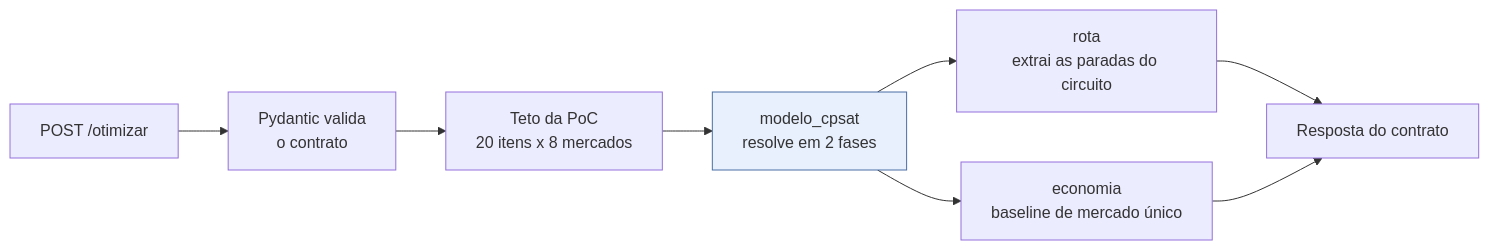
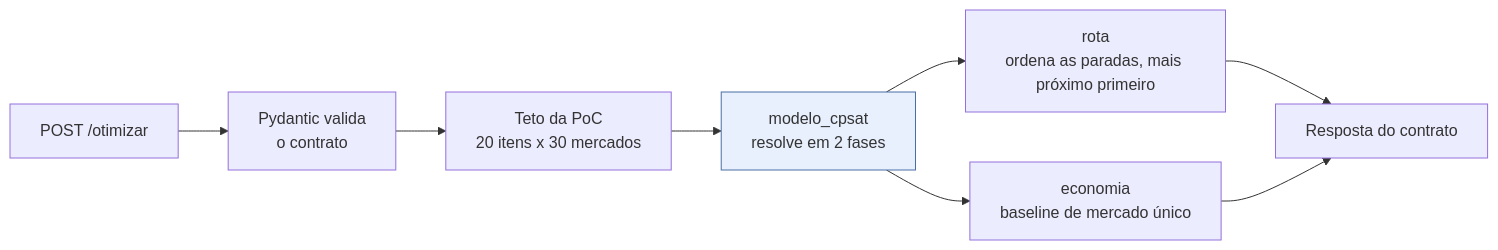
The diagram in modelo/docs/README.md (chroanz/sad-tcc), drawn with Mermaid before and after one commit. The commit also changed other lines of this file and 48 other files, not shown here.

````diff
--- a/modelo/docs/README.md
+++ b/modelo/docs/README.md
@@ -39,12 +39,12 @@
 ```mermaid
 flowchart LR
     A["POST /otimizar"] --> B["Pydantic valida<br/>o contrato"]
-    B --> C["Teto da PoC<br/>20 itens x 8 mercados"]
+    B --> C["Teto da PoC<br/>20 itens x 30 mercados"]
     C --> D["modelo_cpsat<br/>resolve em 2 fases"]
-    D --> E["rota<br/>extrai as paradas do circuito"]
+    D --> E["rota<br/>ordena as paradas, mais próximo primeiro"]
     D --> F["economia<br/>baseline de mercado único"]
     E --> G["Resposta do contrato"]
     F --> G
 
     style D fill:#e8f0fe,stroke:#4a6fa5
 ```
````
